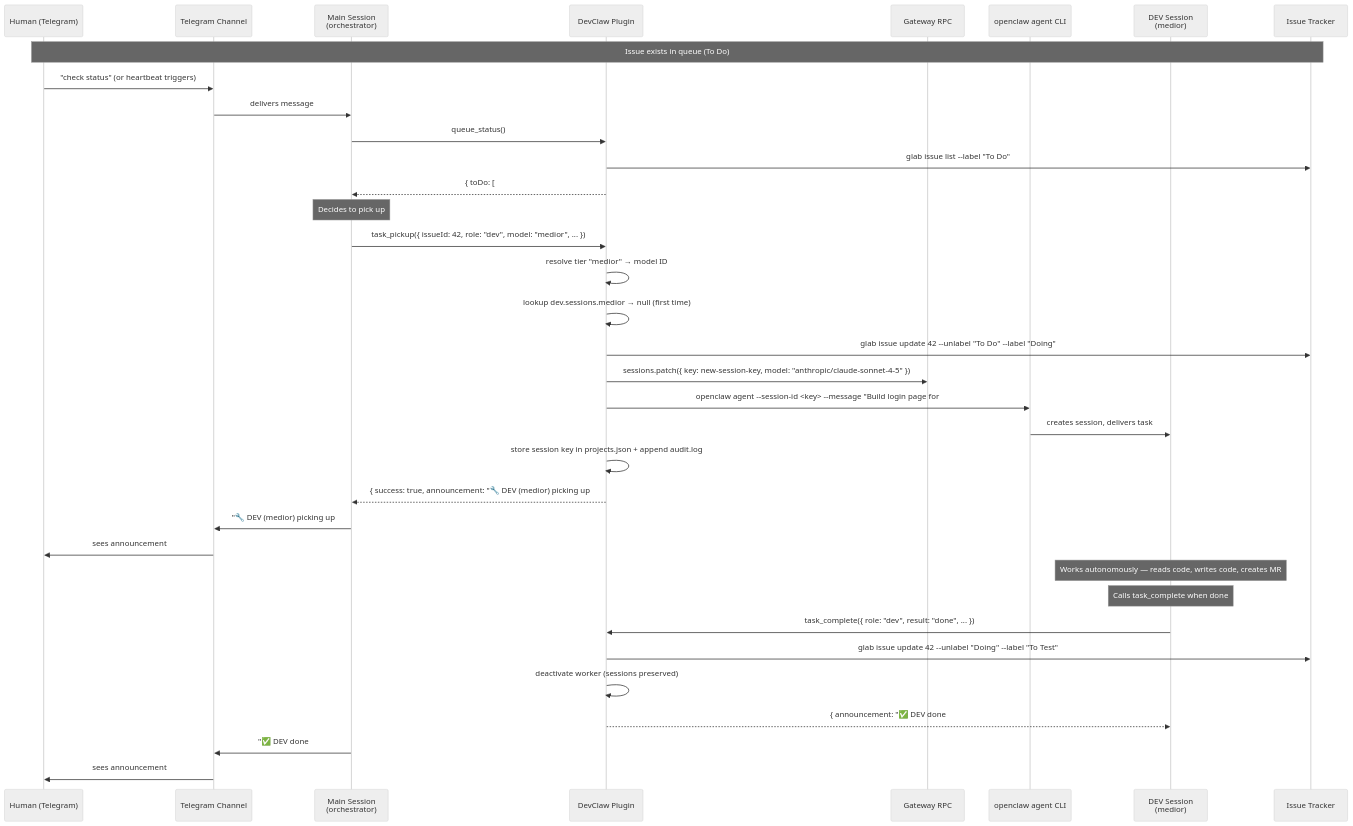
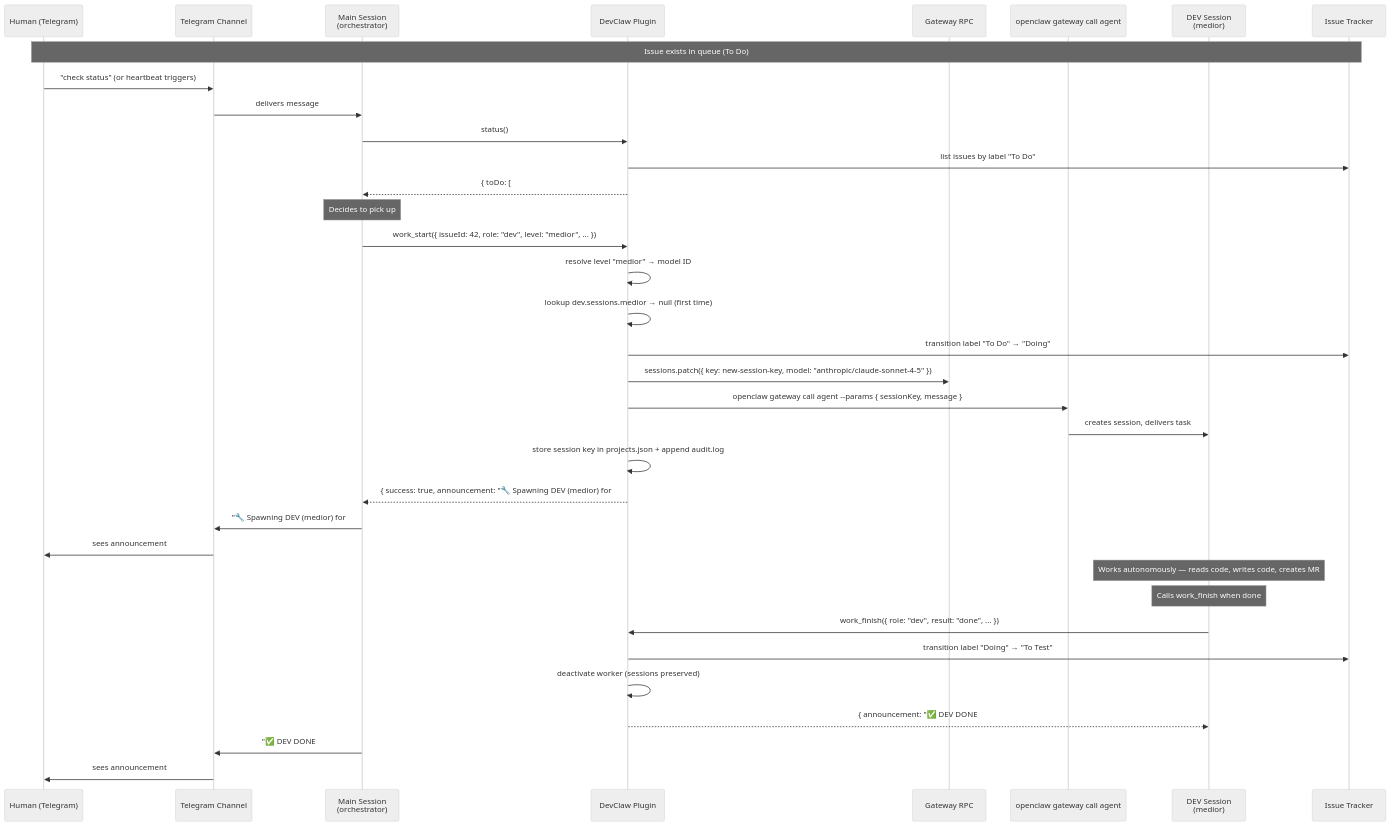
Before and after one commit to StrongheartedX/devclaw: the second of 10 diagrams in docs/ARCHITECTURE.md, drawn with Mermaid (neutral theme). The commit also changed other lines of this file and 10 other files, not shown here.

````diff
--- a/docs/ARCHITECTURE.md
+++ b/docs/ARCHITECTURE.md
@@ -159,45 +159,45 @@
 ```mermaid
 sequenceDiagram
     participant H as Human (Telegram)
     participant TG as Telegram Channel
     participant MS as Main Session<br/>(orchestrator)
     participant DC as DevClaw Plugin
     participant GW as Gateway RPC
-    participant CLI as openclaw agent CLI
+    participant CLI as openclaw gateway call agent
     participant DEV as DEV Session<br/>(medior)
     participant GL as Issue Tracker
 
     Note over H,GL: Issue exists in queue (To Do)
 
     H->>TG: "check status" (or heartbeat triggers)
     TG->>MS: delivers message
-    MS->>DC: queue_status()
-    DC->>GL: glab issue list --label "To Do"
+    MS->>DC: status()
+    DC->>GL: list issues by label "To Do"
     DC-->>MS: { toDo: [#42], dev: idle }
 
     Note over MS: Decides to pick up #42 for DEV as medior
 
-    MS->>DC: task_pickup({ issueId: 42, role: "dev", model: "medior", ... })
-    DC->>DC: resolve tier "medior" → model ID
+    MS->>DC: work_start({ issueId: 42, role: "dev", level: "medior", ... })
+    DC->>DC: resolve level "medior" → model ID
     DC->>DC: lookup dev.sessions.medior → null (first time)
-    DC->>GL: glab issue update 42 --unlabel "To Do" --label "Doing"
+    DC->>GL: transition label "To Do" → "Doing"
     DC->>GW: sessions.patch({ key: new-session-key, model: "anthropic/claude-sonnet-4-5" })
-    DC->>CLI: openclaw agent --session-id <key> --message "Build login page for #42..."
+    DC->>CLI: openclaw gateway call agent --params { sessionKey, message }
     CLI->>DEV: creates session, delivers task
     DC->>DC: store session key in projects.json + append audit.log
-    DC-->>MS: { success: true, announcement: "🔧 DEV (medior) picking up #42" }
+    DC-->>MS: { success: true, announcement: "🔧 Spawning DEV (medior) for #42" }
 
-    MS->>TG: "🔧 DEV (medior) picking up #42: Add login page"
+    MS->>TG: "🔧 Spawning DEV (medior) for #42: Add login page"
     TG->>H: sees announcement
 
     Note over DEV: Works autonomously — reads code, writes code, creates MR
-    Note over DEV: Calls task_complete when done
+    Note over DEV: Calls work_finish when done
 
-    DEV->>DC: task_complete({ role: "dev", result: "done", ... })
-    DC->>GL: glab issue update 42 --unlabel "Doing" --label "To Test"
+    DEV->>DC: work_finish({ role: "dev", result: "done", ... })
+    DC->>GL: transition label "Doing" → "To Test"
     DC->>DC: deactivate worker (sessions preserved)
-    DC-->>DEV: { announcement: "✅ DEV done #42" }
+    DC-->>DEV: { announcement: "✅ DEV DONE #42" }
 
-    MS->>TG: "✅ DEV done #42 — moved to QA queue"
+    MS->>TG: "✅ DEV DONE #42 — moved to QA queue"
     TG->>H: sees announcement
 ```
````
